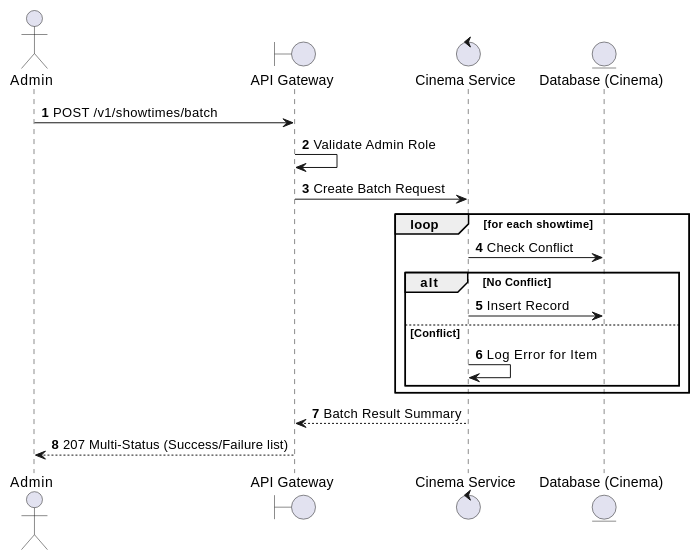
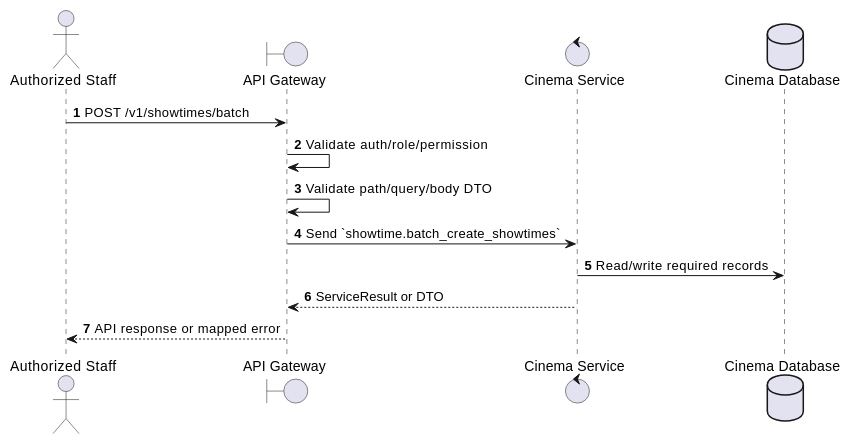
One commit to Tanh1603/movie-hub-architecture changed the first of 2 diagrams in docs/functional_specs/3.4_Showtime_Scheduling/ST-04_Create_Batch_Showtimes.md. Above: the diagram before and after it, drawn with PlantUML. The commit also changed other lines of this file and 126 other files, not shown here.

````diff
--- a/docs/functional_specs/3.4_Showtime_Scheduling/ST-04_Create_Batch_Showtimes.md
+++ b/docs/functional_specs/3.4_Showtime_Scheduling/ST-04_Create_Batch_Showtimes.md
@@ -17,23 +17,17 @@
 ```plantuml
 @startuml
 autonumber
-actor Admin
+actor "Authorized Staff" as Actor
 boundary "API Gateway" as GW
-control "Cinema Service" as CS
-entity "Database (Cinema)" as DB
+control "Cinema Service" as SVC
+database "Cinema Database" as DB
 
-Admin -> GW: POST /v1/showtimes/batch
-GW -> GW: Validate Admin Role
-GW -> CS: Create Batch Request
-loop for each showtime
-    CS -> DB: Check Conflict
-    alt No Conflict
-        CS -> DB: Insert Record
-    else Conflict
-        CS -> CS: Log Error for Item
-    end
-end
-CS --> GW: Batch Result Summary
-GW --> Admin: 207 Multi-Status (Success/Failure list)
+Actor -> GW: POST /v1/showtimes/batch
+GW -> GW: Validate auth/role/permission
+GW -> GW: Validate path/query/body DTO
+GW -> SVC: Send `showtime.batch_create_showtimes`
+SVC -> DB: Read/write required records
+SVC --> GW: ServiceResult or DTO
+GW --> Actor: API response or mapped error
 @enduml
 ```
````
